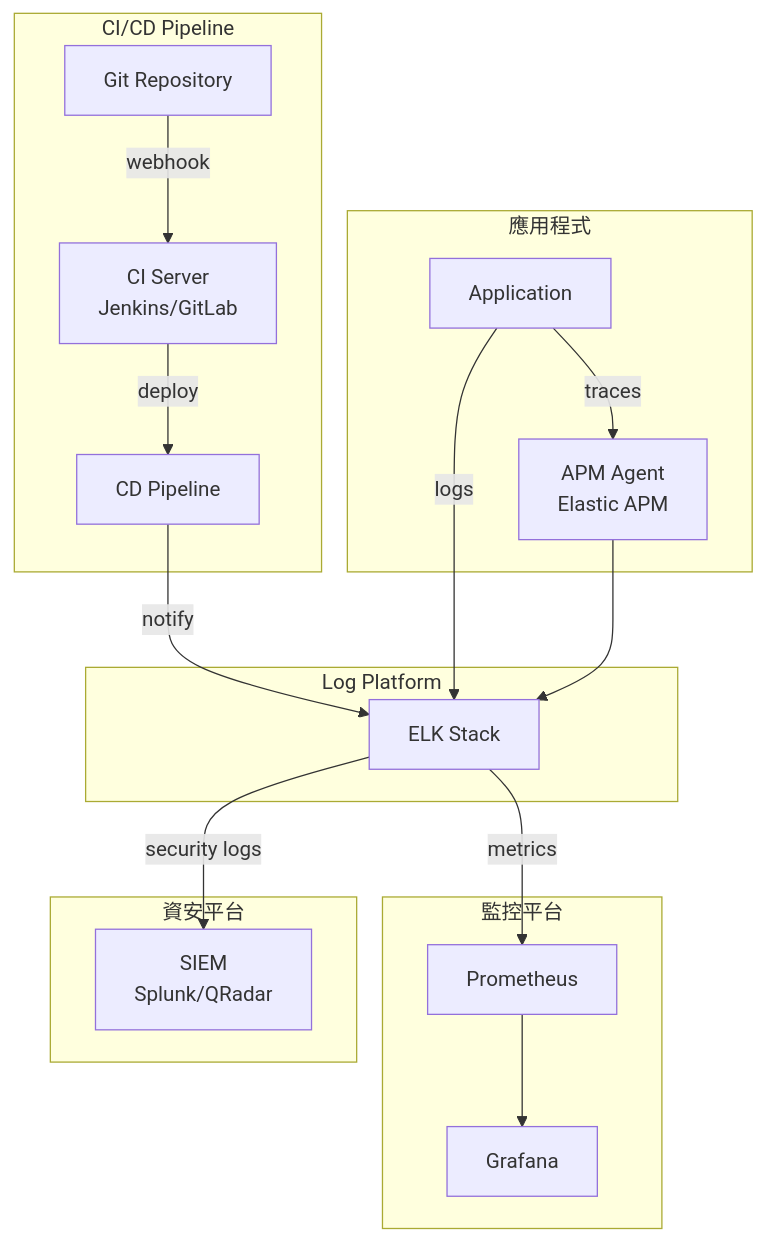
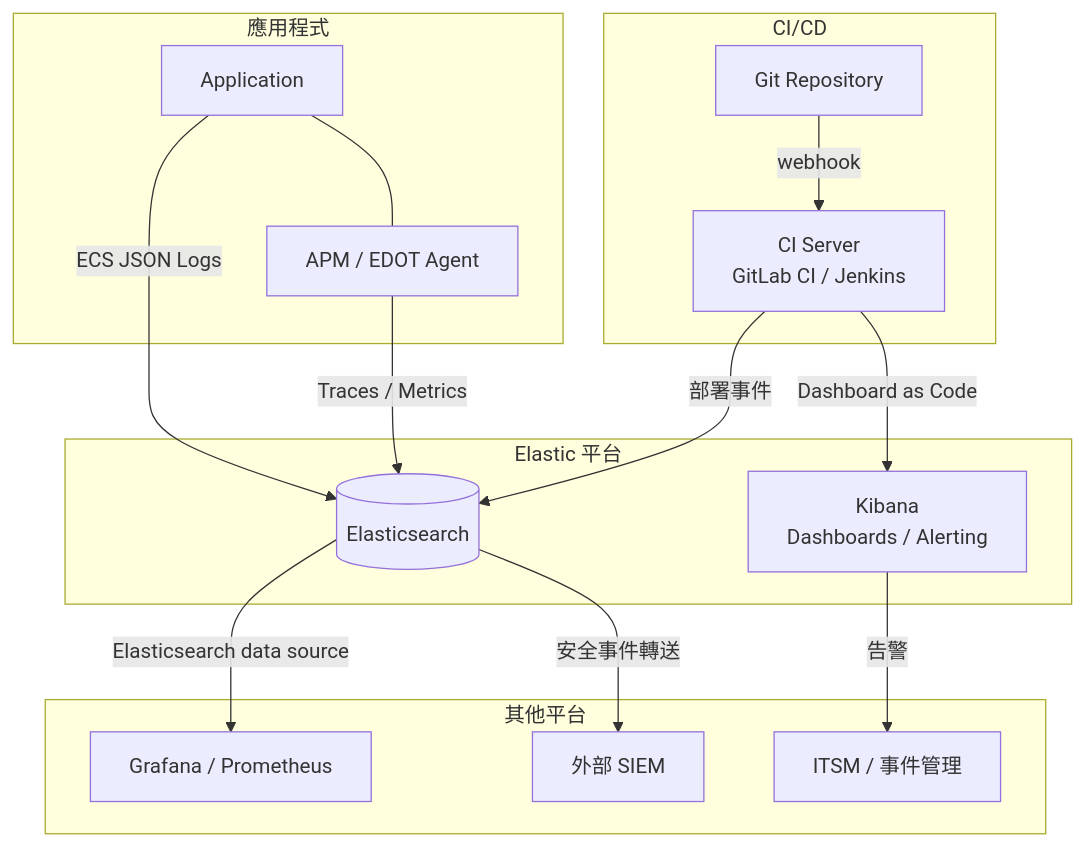
One commit to chihhung/Blog changed diagram 19 of 19 in content/posts/教學/工具/Logs Visualization教學手冊.md. Above: the diagram before and after it, drawn with Mermaid. The commit also changed other lines of this file and 8 other files, not shown here.

````diff
--- a/content/posts/教學/工具/Logs Visualization教學手冊.md
+++ b/content/posts/教學/工具/Logs Visualization教學手冊.md
@@ -2347,39 +3822,33 @@
 ```mermaid
 graph TB
-    subgraph "CI/CD Pipeline"
+    subgraph "CI/CD"
         GIT[Git Repository]
-        CI[CI Server<br/>Jenkins/GitLab]
-        CD[CD Pipeline]
+        CI[CI Server<br/>GitLab CI / Jenkins]
     end
-    
+
     subgraph "應用程式"
         APP[Application]
-        APM[APM Agent<br/>Elastic APM]
+        AG[APM / EDOT Agent]
     end
-    
-    subgraph "Log Platform"
-        ELK[ELK Stack]
+
+    subgraph "Elastic 平台"
+        ES[(Elasticsearch)]
+        KB[Kibana<br/>Dashboards / Alerting]
     end
-    
-    subgraph "監控平台"
-        GRAF[Grafana]
-        PROM[Prometheus]
+
+    subgraph "其他平台"
+        GRAF[Grafana / Prometheus]
+        SIEM[外部 SIEM]
+        ITSM[ITSM / 事件管理]
     end
-    
-    subgraph "資安平台"
-        SIEM[SIEM<br/>Splunk/QRadar]
-    end
-    
+
     GIT -->|webhook| CI
-    CI -->|deploy| CD
-    CD -->|notify| ELK
-    
-    APP -->|logs| ELK
-    APP -->|traces| APM
-    APM --> ELK
-    
-    ELK -->|metrics| PROM
-    PROM --> GRAF
-    
-    ELK -->|security logs| SIEM
+    CI -->|部署事件| ES
+    CI -->|Dashboard as Code| KB
+    APP -->|ECS JSON Logs| ES
+    APP --- AG
+    AG -->|Traces / Metrics| ES
+    KB -->|告警| ITSM
+    ES -->|Elasticsearch data source| GRAF
+    ES -->|安全事件轉送| SIEM
 ```
````
